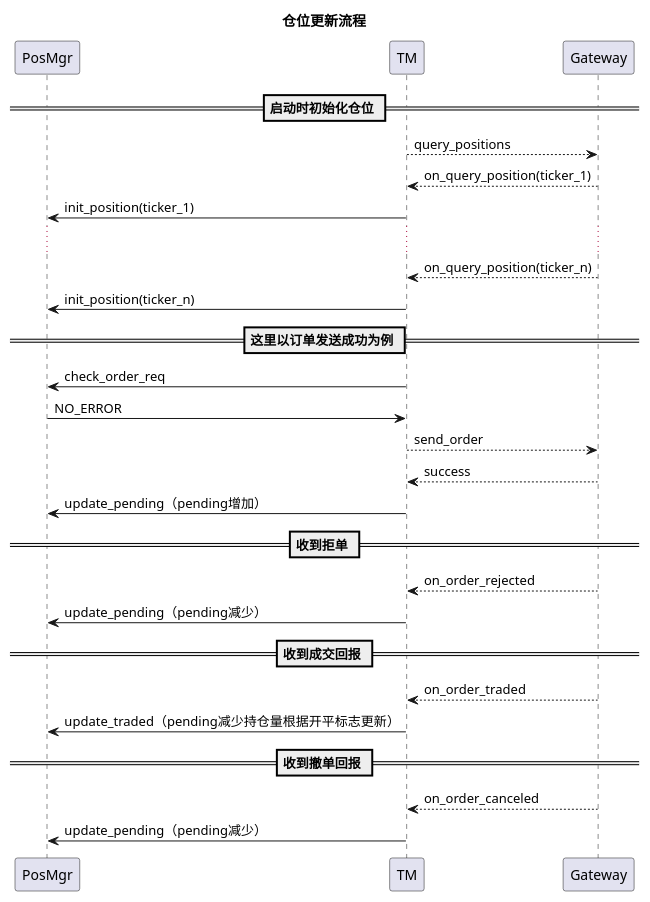
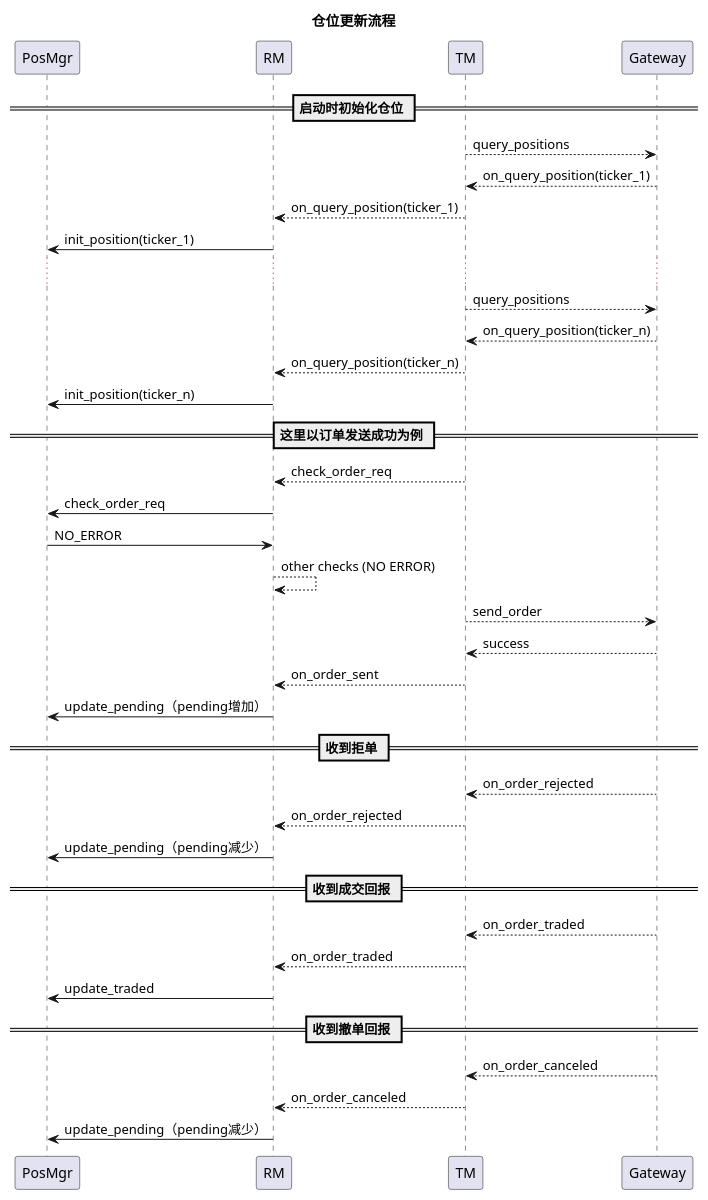
Before and after one commit to xywanz/ft: the diagram in img/pos_mgr.puml, drawn with PlantUML. The commit also changed 4 other files, not shown here.

```diff
--- a/img/pos_mgr.puml
+++ b/img/pos_mgr.puml
@@ -1,36 +1,46 @@
 @startuml PosMgr
 
 title 仓位更新流程
 
 participant PosMgr
+participant RM
 participant TM
 participant Gateway
 
 == 启动时初始化仓位 ==
 TM --> Gateway: query_positions
 TM <-- Gateway: on_query_position(ticker_1)
-TM -> PosMgr: init_position(ticker_1)
+RM <-- TM: on_query_position(ticker_1)
+PosMgr <- RM: init_position(ticker_1)
 ...
+TM --> Gateway: query_positions
 TM <-- Gateway: on_query_position(ticker_n)
-TM -> PosMgr: init_position(ticker_n)
+RM <-- TM: on_query_position(ticker_n)
+PosMgr <- RM: init_position(ticker_n)
 
 == 这里以订单发送成功为例 ==
-TM -> PosMgr: check_order_req
-TM <- PosMgr: NO_ERROR
+RM <-- TM: check_order_req
+PosMgr <- RM: check_order_req
+PosMgr -> RM: NO_ERROR
+RM --> RM: other checks (NO ERROR)
 TM --> Gateway: send_order
 TM <-- Gateway: success
-TM -> PosMgr: update_pending（pending增加）
+RM <-- TM: on_order_sent
+PosMgr <- RM: update_pending（pending增加）
 
 == 收到拒单 ==
 TM <-- Gateway: on_order_rejected
-TM -> PosMgr: update_pending（pending减少）
+RM <-- TM: on_order_rejected
+PosMgr <- RM: update_pending（pending减少）
 
 == 收到成交回报 ==
 TM <-- Gateway: on_order_traded
-TM -> PosMgr: update_traded（pending减少持仓量根据开平标志更新）
+RM <-- TM: on_order_traded
+PosMgr <- RM: update_traded
 
 == 收到撤单回报 ==
 TM <-- Gateway: on_order_canceled
-TM -> PosMgr: update_pending（pending减少）
+RM <-- TM: on_order_canceled
+PosMgr <- RM: update_pending（pending减少）
 
 @enduml
```
